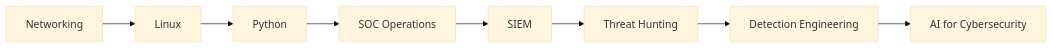
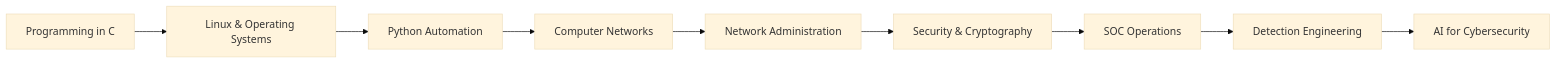
Before and after one commit to Adam-Ghanem/Adam-Ghanem: the diagram in README.md, drawn with Mermaid (base theme). The commit also changed other lines of this file, not shown here.

````diff
--- a/README.md
+++ b/README.md
@@ -234,10 +271,11 @@
 ```mermaid
 graph LR
-A[Networking] --> B[Linux]
-B --> C[Python]
-C --> D[SOC Operations]
-D --> E[SIEM]
-E --> F[Threat Hunting]
-F --> G[Detection Engineering]
-G --> H[AI for Cybersecurity]
+A[Programming in C] --> B[Linux & Operating Systems]
+B --> C[Python Automation]
+C --> D[Computer Networks]
+D --> E[Network Administration]
+E --> F[Security & Cryptography]
+F --> G[SOC Operations]
+G --> H[Detection Engineering]
+H --> I[AI for Cybersecurity]
 ```
````
